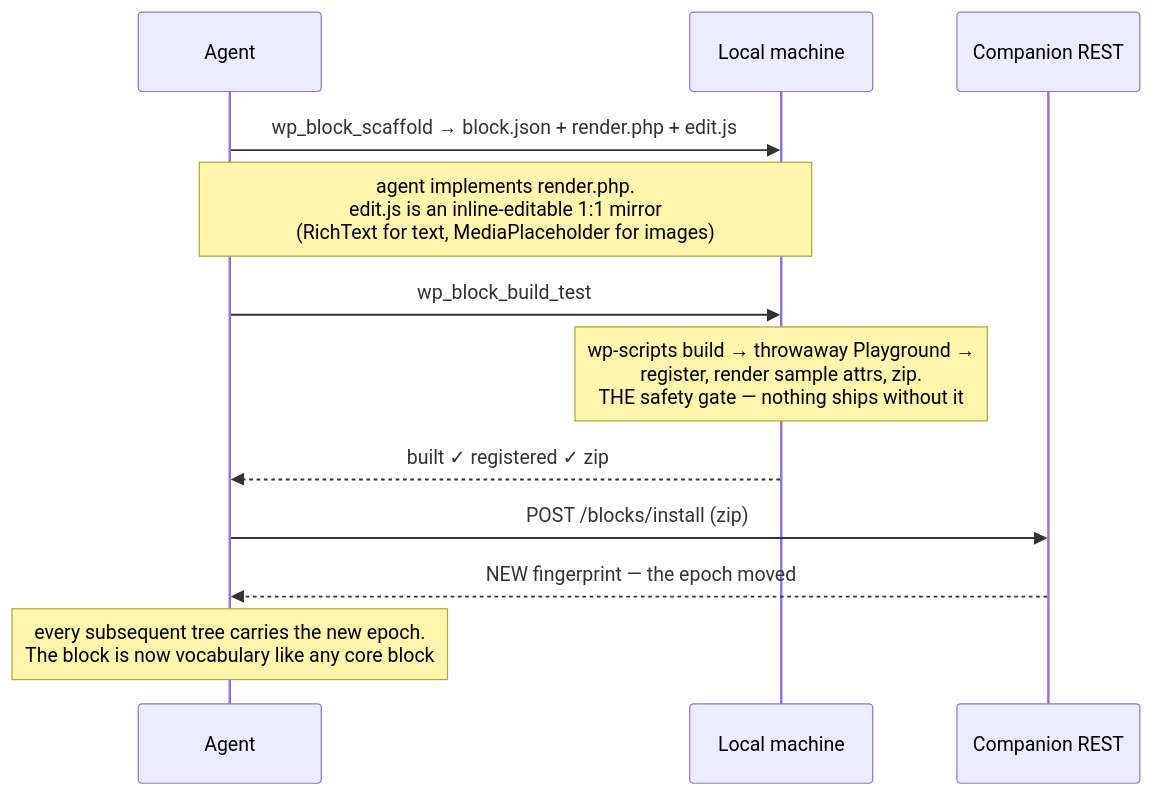
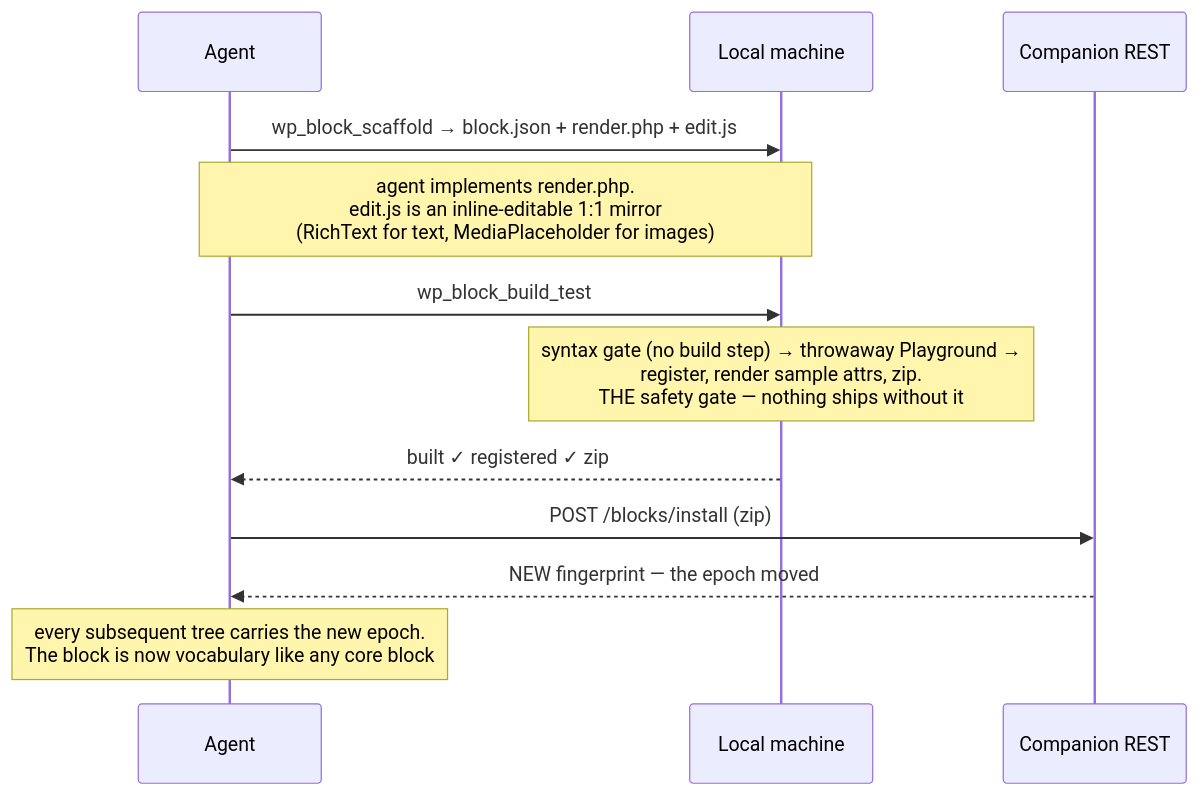
The third of 5 diagrams in FLOW.md (draganescu/x-companion-x-agent), drawn with Mermaid before and after one commit. The commit also changed 22 other files, not shown here.

First line of the commit message:
factory: no-build — edit.js ships unbuilt, a syntax gate replaces wp-scripts and the npm cache

````diff
--- a/FLOW.md
+++ b/FLOW.md
@@ -66,15 +66,15 @@
 ```mermaid
 sequenceDiagram
     participant A as Agent
     participant L as Local machine
     participant C as Companion REST
 
     A->>L: wp_block_scaffold → block.json + render.php + edit.js
     Note over A,L: agent implements render.php.<br/>edit.js is an inline-editable 1:1 mirror<br/>(RichText for text, MediaPlaceholder for images)
     A->>L: wp_block_build_test
-    Note over L: wp-scripts build → throwaway Playground →<br/>register, render sample attrs, zip.<br/>THE safety gate — nothing ships without it
+    Note over L: syntax gate (no build step) → throwaway Playground →<br/>register, render sample attrs, zip.<br/>THE safety gate — nothing ships without it
     L-->>A: built ✓ registered ✓ zip
     A->>C: POST /blocks/install (zip)
     C-->>A: NEW fingerprint — the epoch moved
     Note over A: every subsequent tree carries the new epoch.<br/>The block is now vocabulary like any core block
 ```
````
